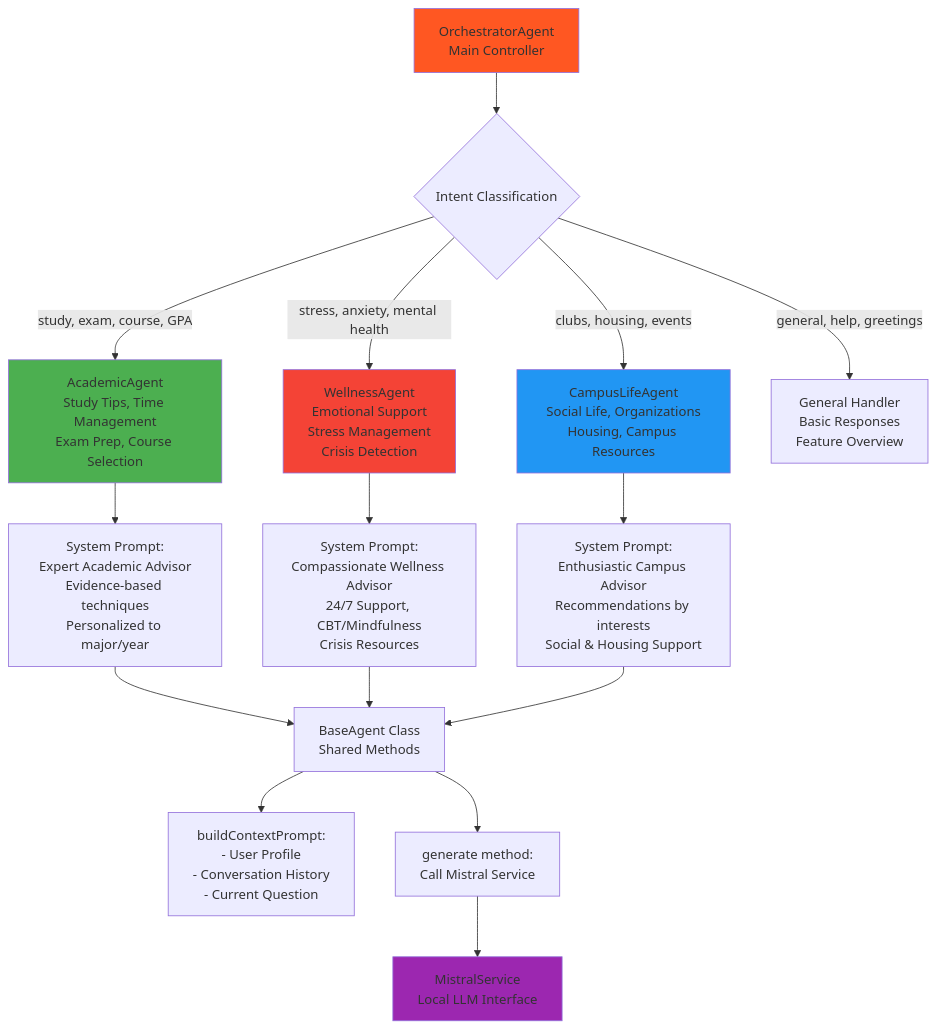
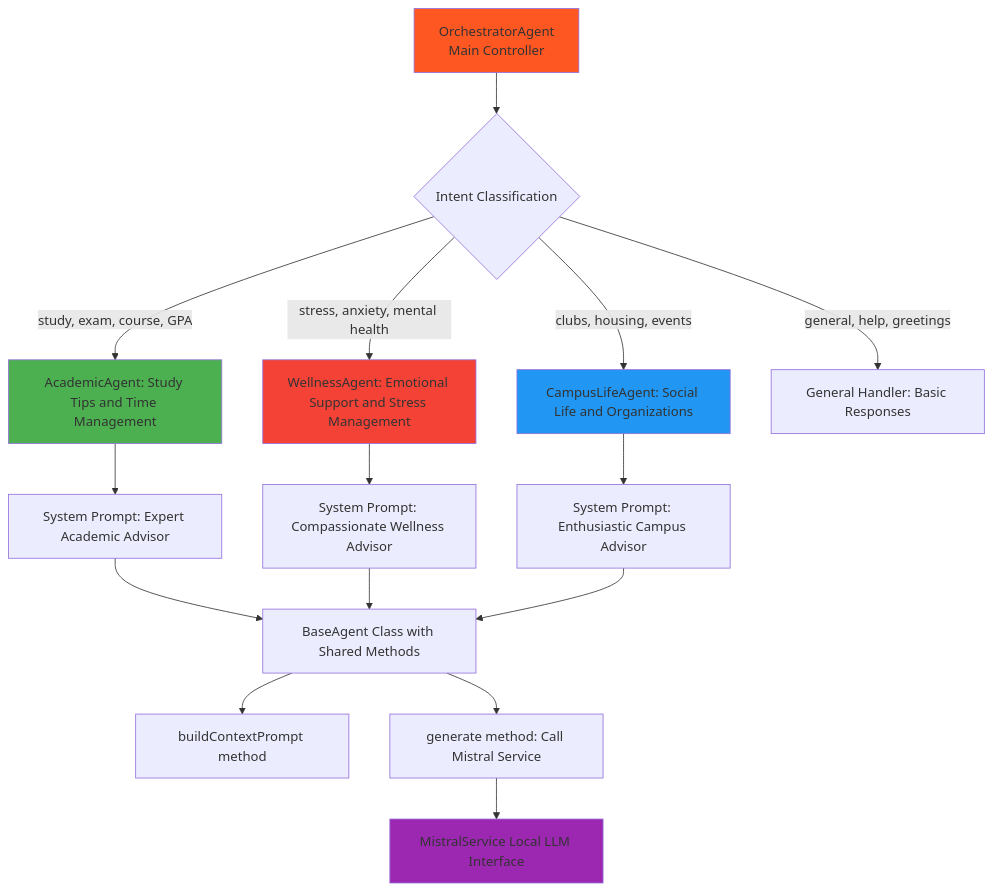
One commit to PJT-2011/college-advisor-mistral changed the third of 6 diagrams in ARCHITECTURE.md. Above: the diagram before and after it, drawn with Mermaid. The commit also changed other lines of this file, not shown here.

Commit message:
Fix Mermaid diagram syntax for GitHub rendering

````diff
--- a/ARCHITECTURE.md
+++ b/ARCHITECTURE.md
@@ -138,36 +138,36 @@
 ```mermaid
 flowchart TD
     Orchestrator[OrchestratorAgent<br/>Main Controller]
     
     Orchestrator --> Intent{Intent Classification}
     
-    Intent -->|study, exam, course, GPA| Academic[AcademicAgent<br/>Study Tips, Time Management<br/>Exam Prep, Course Selection]
+    Intent -->|study, exam, course, GPA| Academic[AcademicAgent: Study Tips and Time Management]
     
-    Intent -->|stress, anxiety, mental health| Wellness[WellnessAgent<br/>Emotional Support<br/>Stress Management<br/>Crisis Detection]
+    Intent -->|stress, anxiety, mental health| Wellness[WellnessAgent: Emotional Support and Stress Management]
     
-    Intent -->|clubs, housing, events| Campus[CampusLifeAgent<br/>Social Life, Organizations<br/>Housing, Campus Resources]
+    Intent -->|clubs, housing, events| Campus[CampusLifeAgent: Social Life and Organizations]
     
-    Intent -->|general, help, greetings| General[General Handler<br/>Basic Responses<br/>Feature Overview]
+    Intent -->|general, help, greetings| General[General Handler: Basic Responses]
     
-    Academic --> SystemPrompt1[System Prompt:<br/>Expert Academic Advisor<br/>Evidence-based techniques<br/>Personalized to major/year]
+    Academic --> SystemPrompt1[System Prompt: Expert Academic Advisor]
     
-    Wellness --> SystemPrompt2[System Prompt:<br/>Compassionate Wellness Advisor<br/>24/7 Support, CBT/Mindfulness<br/>Crisis Resources]
+    Wellness --> SystemPrompt2[System Prompt: Compassionate Wellness Advisor]
     
-    Campus --> SystemPrompt3[System Prompt:<br/>Enthusiastic Campus Advisor<br/>Recommendations by interests<br/>Social & Housing Support]
+    Campus --> SystemPrompt3[System Prompt: Enthusiastic Campus Advisor]
     
-    SystemPrompt1 --> BaseAgent[BaseAgent Class<br/>Shared Methods]
+    SystemPrompt1 --> BaseAgent[BaseAgent Class with Shared Methods]
     SystemPrompt2 --> BaseAgent
     SystemPrompt3 --> BaseAgent
     
-    BaseAgent --> BuildContext[buildContextPrompt:<br/>- User Profile<br/>- Conversation History<br/>- Current Question]
+    BaseAgent --> BuildContext[buildContextPrompt method]
     
-    BaseAgent --> Generate[generate method:<br/>Call Mistral Service]
+    BaseAgent --> Generate[generate method: Call Mistral Service]
     
-    Generate --> Mistral[MistralService<br/>Local LLM Interface]
+    Generate --> Mistral[MistralService Local LLM Interface]
     
     style Orchestrator fill:#FF5722
     style Academic fill:#4CAF50
     style Wellness fill:#f44336
     style Campus fill:#2196F3
     style Mistral fill:#9C27B0
 ```
````
